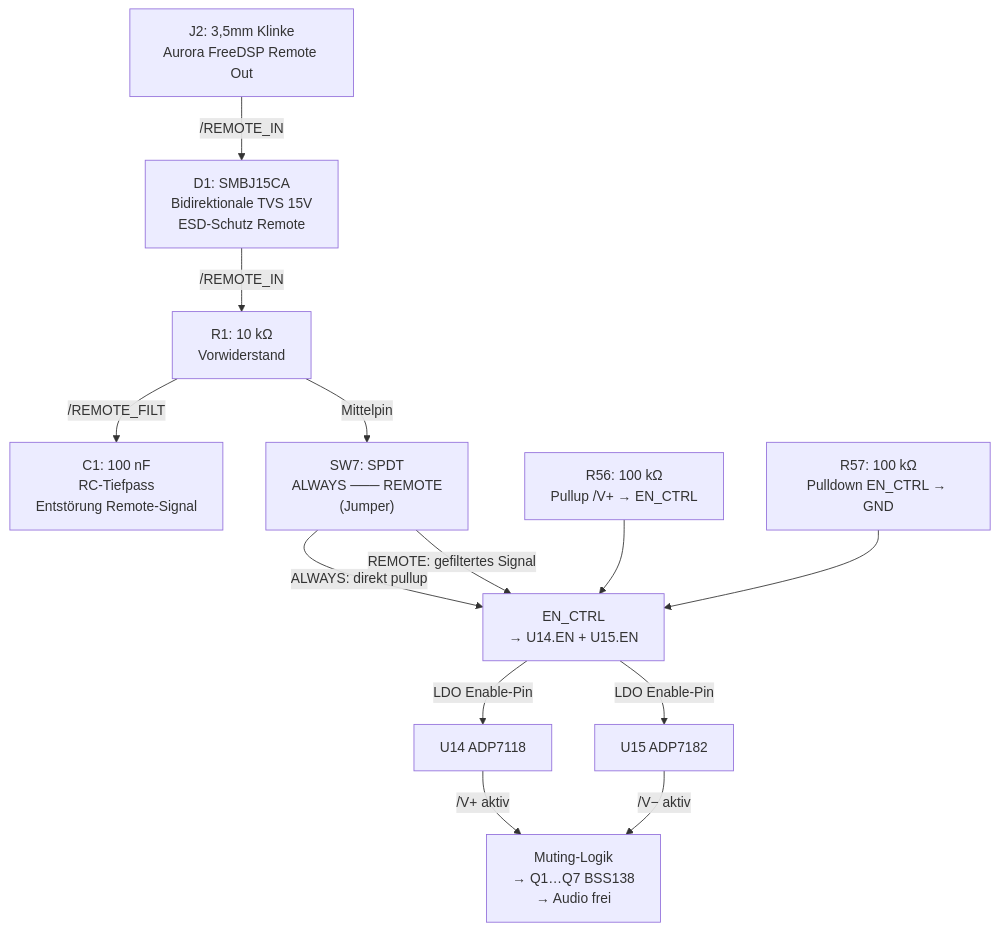
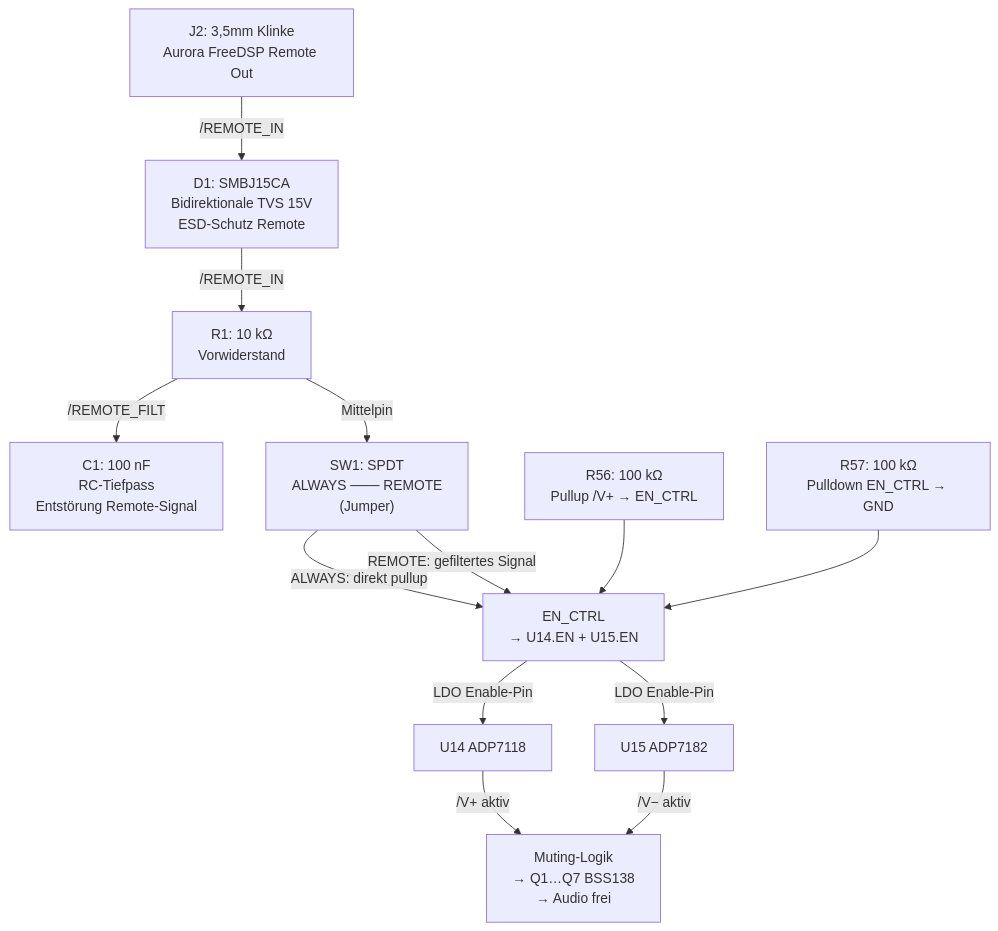
The tenth of 11 diagrams in README.md (jpsamuelson/aurora-icepower-booster), drawn with Mermaid before and after one commit. The commit also changed other lines of this file, not shown here.

First line of the commit message:
fix(readme): 📝 correct pin references and switch labels in diagrams

````diff
--- a/README.md
+++ b/README.md
@@ -430,25 +430,25 @@
 ```mermaid
 flowchart TD
     J2["J2: 3,5mm Klinke\nAurora FreeDSP Remote Out"]
     D1["D1: SMBJ15CA\nBidirektionale TVS 15V\nESD-Schutz Remote"]
     R1["R1: 10 kΩ\nVorwiderstand"]
     C1["C1: 100 nF\nRC-Tiefpass\nEntstörung Remote-Signal"]
-    SW7["SW7: SPDT\nALWAYS ─── REMOTE\n(Jumper)"]
+    SW1["SW1: SPDT\nALWAYS ─── REMOTE\n(Jumper)"]
     R56["R56: 100 kΩ\nPullup /V+ → EN_CTRL"]
     R57["R57: 100 kΩ\nPulldown EN_CTRL → GND"]
     EN["EN_CTRL\n→ U14.EN + U15.EN"]
 
     J2 -->|/REMOTE_IN| D1
     D1 -->|/REMOTE_IN| R1
     R1 -->|/REMOTE_FILT| C1
-    R1 -->|Mittelpin| SW7
-    SW7 -->|"ALWAYS: direkt pullup"| EN
-    SW7 -->|"REMOTE: gefiltertes Signal"| EN
+    R1 -->|Mittelpin| SW1
+    SW1 -->|"ALWAYS: direkt pullup"| EN
+    SW1 -->|"REMOTE: gefiltertes Signal"| EN
     R56 --> EN
     R57 --> EN
     EN -->|LDO Enable-Pin| U14["U14 ADP7118"]
     EN -->|LDO Enable-Pin| U15["U15 ADP7182"]
 
     U14 -->|"/V+ aktiv"| MUTE_LOGIC["Muting-Logik\n→ Q1…Q7 BSS138\n→ Audio frei"]
     U15 -->|"/V− aktiv"| MUTE_LOGIC
 ```
````
